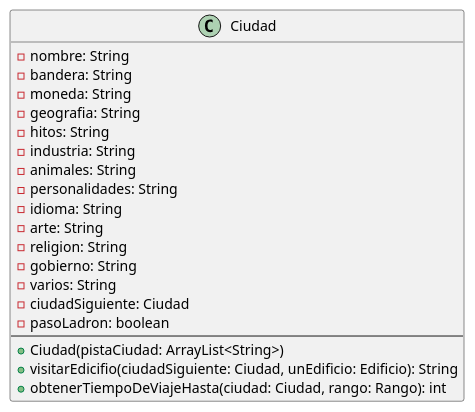
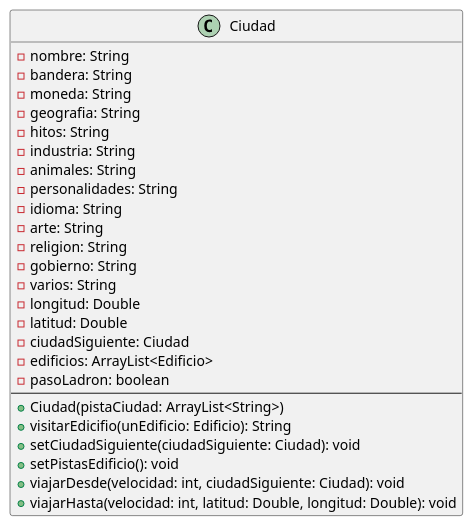
The diagram in diagrams/classes/Entrega1/claseCiudad.puml (alexguttlein/TP2-CarmenSandiego), drawn with PlantUML before and after one commit. The commit also changed 20 other files, not shown here.

```diff
--- a/diagrams/classes/Entrega1/claseCiudad.puml
+++ b/diagrams/classes/Entrega1/claseCiudad.puml
@@ -1,24 +1,30 @@
 @startuml
 
 class Ciudad {
     -nombre: String
     -bandera: String
     -moneda: String
     -geografia: String
     -hitos: String
     -industria: String
     -animales: String
     -personalidades: String
     -idioma: String
     -arte: String
     -religion: String
     -gobierno: String
     -varios: String
+    -longitud: Double
+    -latitud: Double
     -ciudadSiguiente: Ciudad
+    -edificios: ArrayList<Edificio>
     -pasoLadron: boolean
     --
     +Ciudad(pistaCiudad: ArrayList<String>)
-    +visitarEdicifio(ciudadSiguiente: Ciudad, unEdificio: Edificio): String
-    +obtenerTiempoDeViajeHasta(ciudad: Ciudad, rango: Rango): int
+    +visitarEdicifio(unEdificio: Edificio): String
+    +setCiudadSiguiente(ciudadSiguiente: Ciudad): void
+    +setPistasEdificio(): void
+    +viajarDesde(velocidad: int, ciudadSiguiente: Ciudad): void
+    +viajarHasta(velocidad: int, latitud: Double, longitud: Double): void
 }
 @enduml
```
